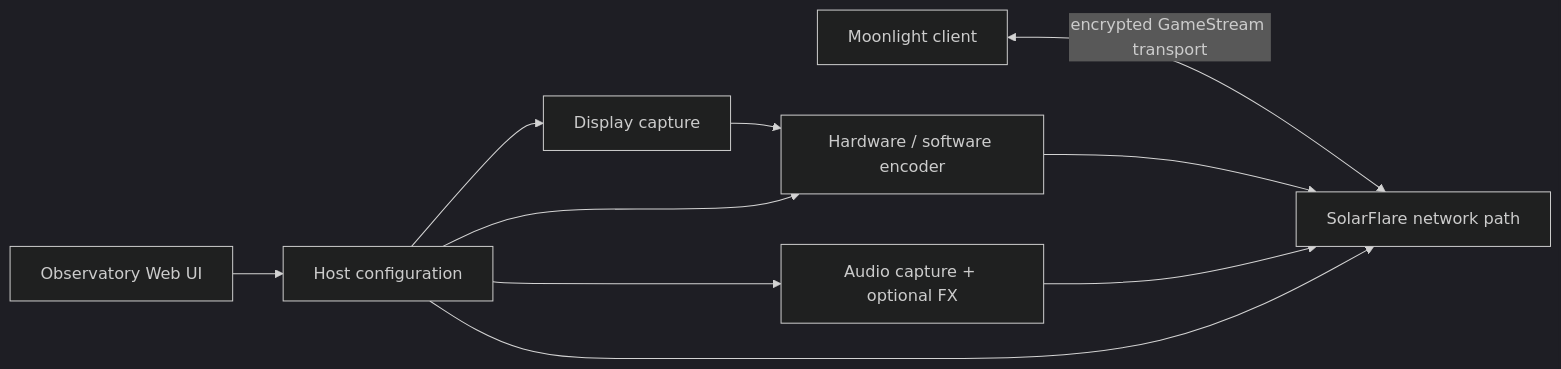
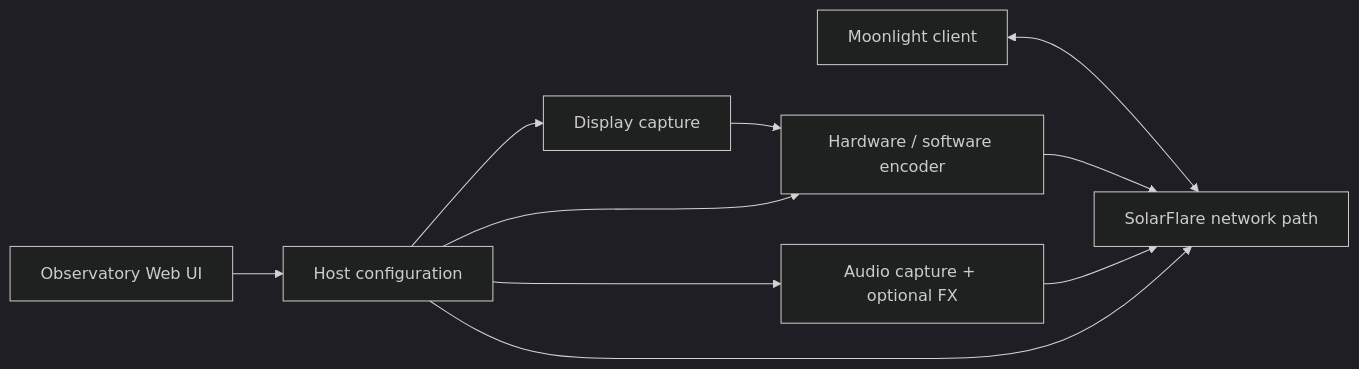
Before and after one commit to vindeckyy/Solar-Flare: the diagram in README.md, drawn with Mermaid (dark theme).

Commit message:
fix: simplify README Mermaid diagram syntax

````diff
--- a/README.md
+++ b/README.md
@@ -89,11 +89,11 @@
 ```mermaid
 flowchart LR
-    ML["Moonlight client"] <-->|"encrypted GameStream transport"| NET["SolarFlare network path"]
+    ML["Moonlight client"] <--> NET["SolarFlare network path"]
     CAP["Display capture"] --> ENC["Hardware / software encoder"] --> NET
     AUD["Audio capture + optional FX"] --> NET
     UI["Observatory Web UI"] --> CFG["Host configuration"]
     CFG --> CAP
     CFG --> ENC
     CFG --> AUD
     CFG --> NET
 ```
````
